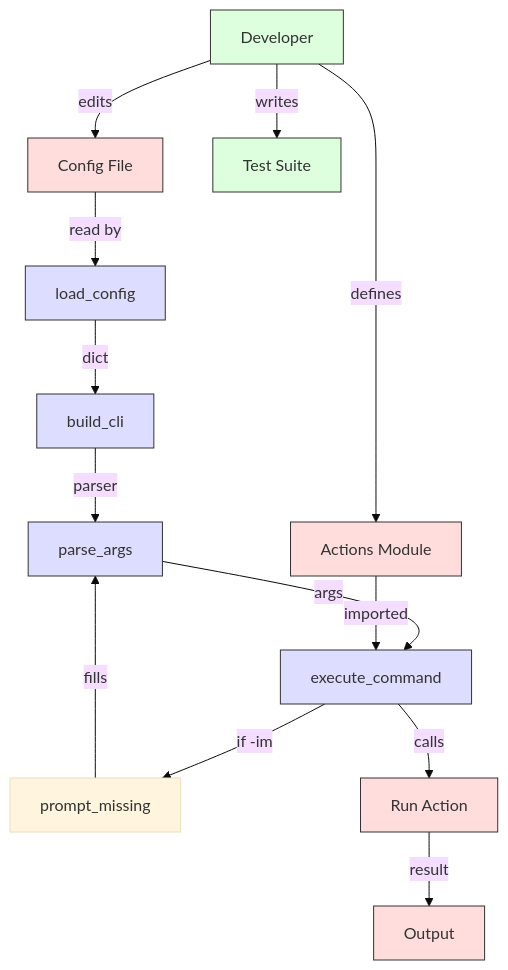
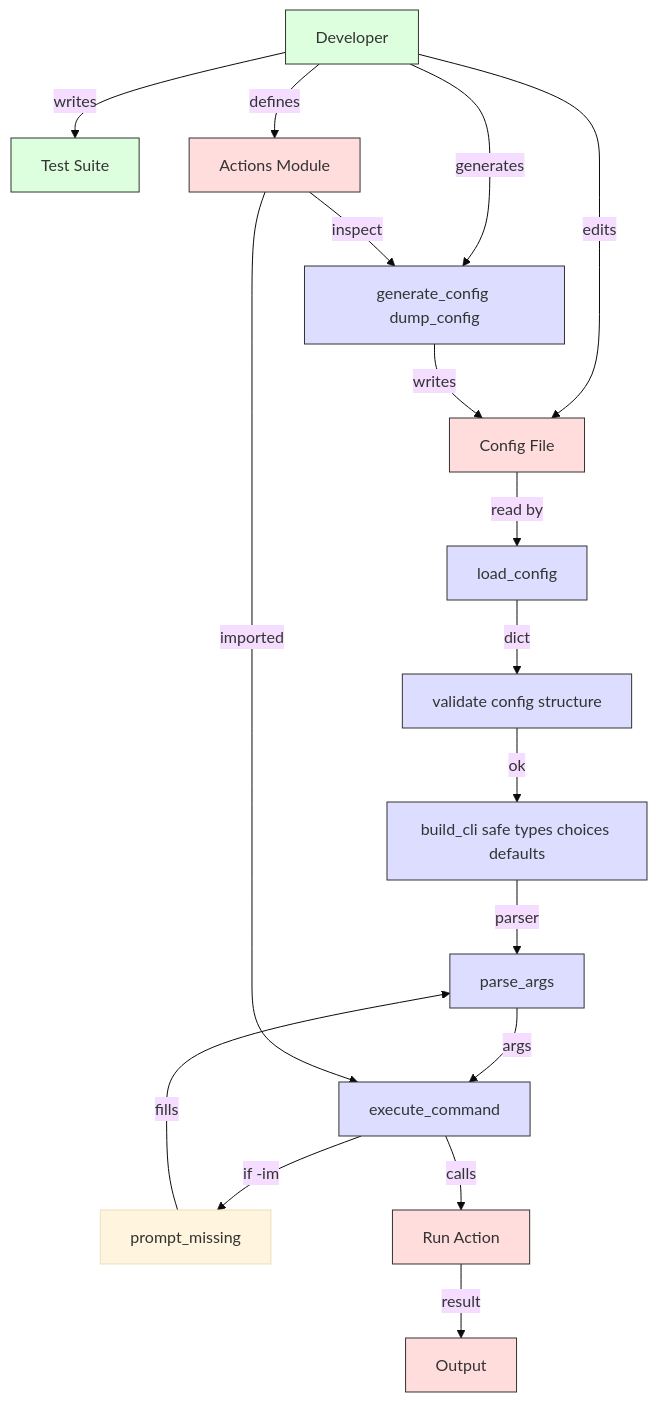
One commit to idris-adigun/dynamic-cli-builder changed the diagram in docs/architecture.mmd. Above: the diagram before and after it, drawn with Mermaid (base theme).

Commit message:
fix: Update architecture diagram to reflect changes in config validation and generation flow

```diff
--- a/docs/architecture.mmd
+++ b/docs/architecture.mmd
@@ -1,32 +1,36 @@
 %% Dynamic CLI Builder - Architecture
 %% Minimal working Mermaid diagram
 
 flowchart TD
     %% Developer
     Developer[Developer] -->|edits| Config[Config File]
     Developer -->|writes| Tests[Test Suite]
     Developer -->|defines| Actions[Actions Module]
-    
+    Developer -->|generates| Gen[generate_config dump_config]
+    Actions -->|inspect| Gen
+    Gen -->|writes| Config
+
     %% Runtime
     Config -->|read by| Load[load_config]
-    Load -->|dict| Build[build_cli]
+    Load -->|dict| Validate[validate config structure]
+    Validate -->|ok| Build[build_cli safe types choices defaults]
     Build -->|parser| Parse[parse_args]
     Parse -->|args| Exec[execute_command]
     Actions -->|imported| Exec
-    
+
     %% Features
     Exec -->|if -im| Prompt[prompt_missing]
     Prompt -->|fills| Parse
-    
+
     %% Data Flow
     Exec -->|calls| Run[Run Action]
     Run -->|result| Out[Output]
-    
+
     %% Styling
     classDef dev fill:#dfd,stroke:#333
     classDef runtime fill:#ddf,stroke:#333
     classDef data fill:#fdd,stroke:#333
-    
+
     class Developer,Tests dev
-    class Load,Build,Parse,Exec runtime
+    class Load,Validate,Build,Parse,Exec,Gen runtime
     class Config,Actions,Run,Out data
```
